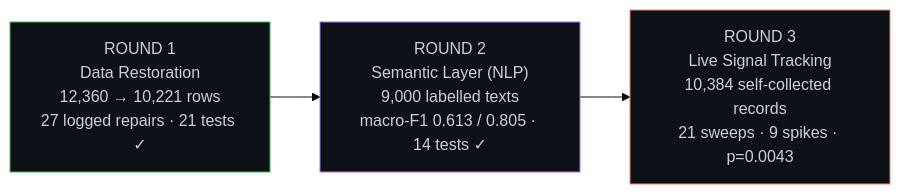
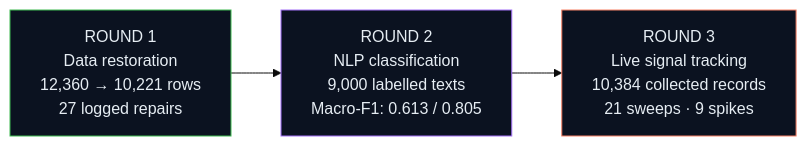
The fifth of 11 diagrams in README.md (kunalchwdry/kunalchwdry), drawn with Mermaid (base theme) before and after one commit. The commit also changed other lines of this file, not shown here.

````diff
--- a/README.md
+++ b/README.md
@@ -449,15 +272,15 @@
-```mermaid
+``` mermaid
 flowchart LR
-    R1["ROUND 1<br/>Data Restoration<br/>12,360 → 10,221 rows<br/>27 logged repairs · 21 tests ✓"]
-    R2["ROUND 2<br/>Semantic Layer (NLP)<br/>9,000 labelled texts<br/>macro-F1 0.613 / 0.805 · 14 tests ✓"]
-    R3["ROUND 3<br/>Live Signal Tracking<br/>10,384 self-collected records<br/>21 sweeps · 9 spikes · p=0.0043"]
+    R1["ROUND 1<br/>Data restoration<br/>12,360 → 10,221 rows<br/>27 logged repairs"]
+    R2["ROUND 2<br/>NLP classification<br/>9,000 labelled texts<br/>Macro-F1: 0.613 / 0.805"]
+    R3["ROUND 3<br/>Live signal tracking<br/>10,384 collected records<br/>21 sweeps · 9 spikes"]
 
     R1 --> R2 --> R3
 
-    classDef r1 fill:#0d1117,stroke:#3fb950,color:#c9d1d9;
-    classDef r2 fill:#0d1117,stroke:#a371f7,color:#c9d1d9;
-    classDef r3 fill:#0d1117,stroke:#f78166,color:#c9d1d9;
-    class R1 r1;
-    class R2 r2;
-    class R3 r3;
+    classDef a fill:#0b1220,stroke:#3fb950,color:#e6edf3;
+    classDef b fill:#0b1220,stroke:#a371f7,color:#e6edf3;
+    classDef c fill:#0b1220,stroke:#f78166,color:#e6edf3;
+    class R1 a;
+    class R2 b;
+    class R3 c;
 ```
````
